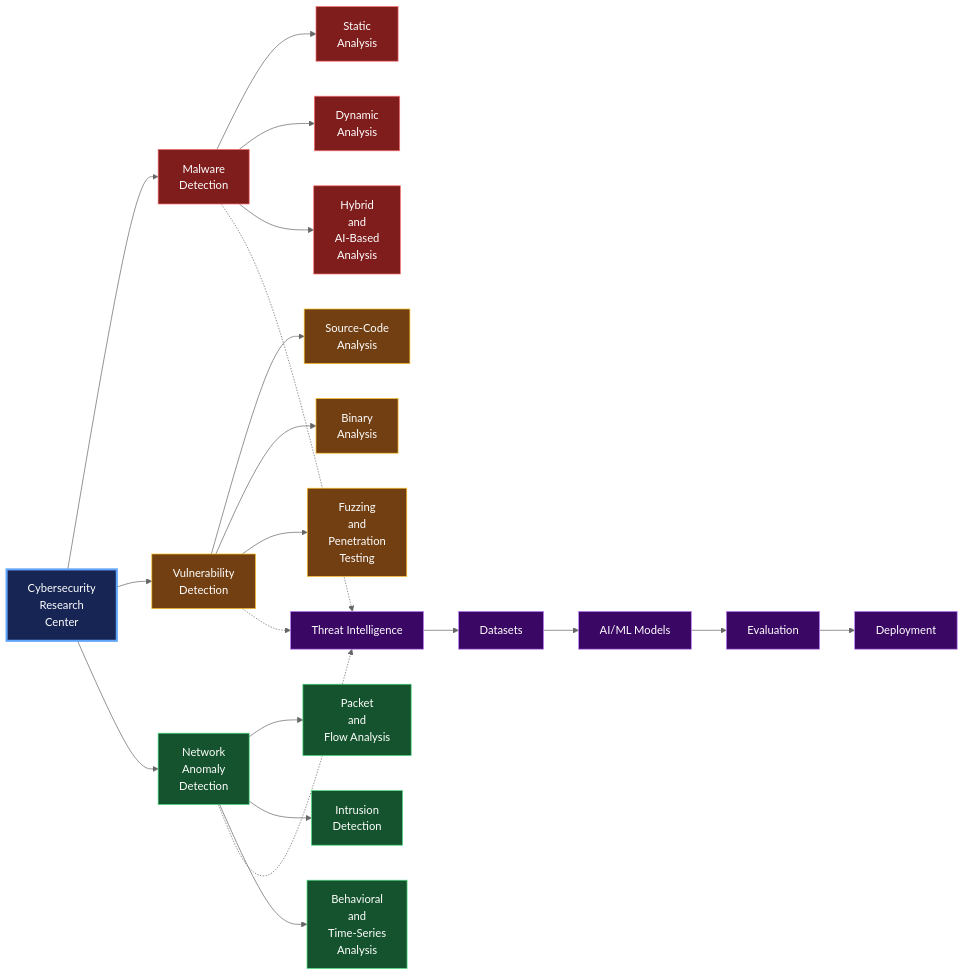
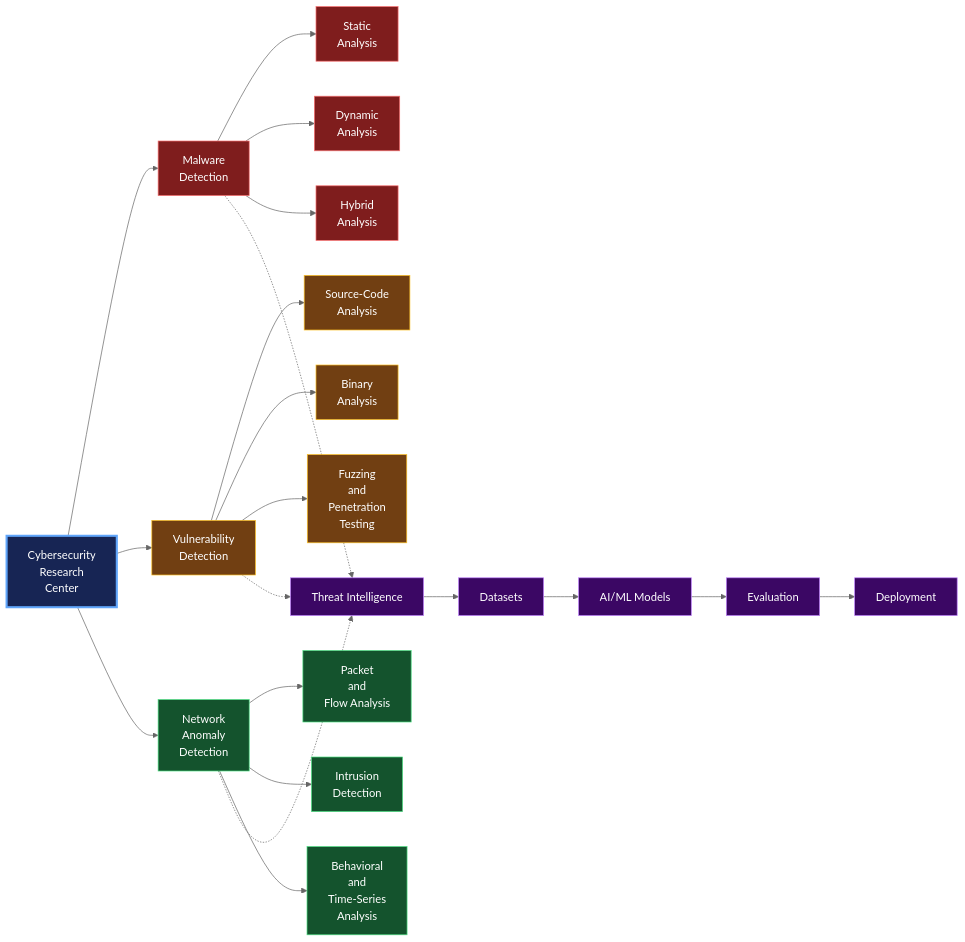
Before and after one commit to cybersecurity-dev/cybersecurity-dev.github.io: the diagram in cybersecurity_research.md, drawn with Mermaid (neutral theme). The commit also changed other lines of this file, not shown here.

````diff
--- a/cybersecurity_research.md
+++ b/cybersecurity_research.md
@@ -11,41 +11,41 @@
 ```mermaid
 flowchart LR
     CRC["Cybersecurity<br/>Research<br/>Center"]
 
     CRC --> MD["Malware<br/>Detection"]
     CRC --> VD["Vulnerability<br/>Detection"]
     CRC --> NAD["Network<br/>Anomaly<br/>Detection"]
 
     MD --> MA["Static<br/>Analysis"]
     MD --> MB["Dynamic<br/>Analysis"]
-    MD --> MC["Hybrid<br/>and<br/>AI-Based<br/>Analysis"]
+    MD --> MC["Hybrid<br/>Analysis"]
 
     VD --> VA["Source-Code<br/>Analysis"]
     VD --> VB["Binary<br/>Analysis"]
     VD --> VC["Fuzzing<br/>and<br/>Penetration<br/>Testing"]
 
     NAD --> NA["Packet<br/>and<br/>Flow Analysis"]
     NAD --> NB["Intrusion<br/>Detection"]
     NAD --> NC["Behavioral<br/>and<br/>Time-Series<br/>Analysis"]
 
     MD -.-> TI["Threat Intelligence"]
     VD -.-> TI
     NAD -.-> TI
 
     TI --> DS["Datasets"]
     DS --> ML["AI/ML Models"]
     ML --> EV["Evaluation"]
     EV --> DP["Deployment"]
 
     classDef root fill:#172554,stroke:#60a5fa,color:#fff,stroke-width:3px
     classDef malware fill:#7f1d1d,stroke:#f87171,color:#fff
     classDef vuln fill:#713f12,stroke:#fbbf24,color:#fff
     classDef network fill:#14532d,stroke:#4ade80,color:#fff
     classDef shared fill:#3b0764,stroke:#c084fc,color:#fff
 
     class CRC root
     class MD,MA,MB,MC malware
     class VD,VA,VB,VC vuln
     class NAD,NA,NB,NC network
     class TI,DS,ML,EV,DP shared
 ```
````
